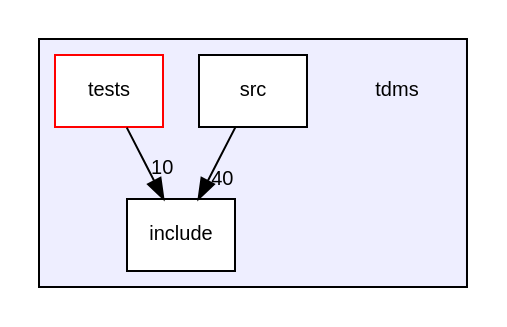
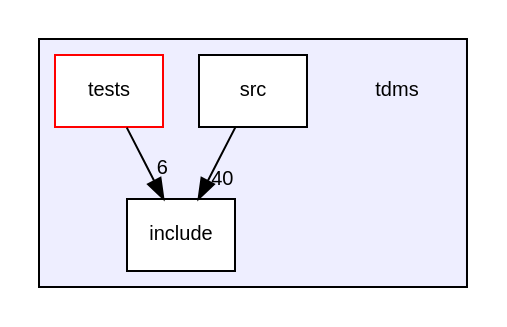
The diagram in dir_dfaedd75726dc0f14b5d7f96fe9da9ad_dep.dot (UCL/TDMS), drawn with Graphviz before and after one commit. The commit also changed 101 other files, not shown here.

```diff
--- a/dir_dfaedd75726dc0f14b5d7f96fe9da9ad_dep.dot
+++ b/dir_dfaedd75726dc0f14b5d7f96fe9da9ad_dep.dot
@@ -1,14 +1,14 @@
 digraph "tdms" {
   compound=true
   node [ fontsize="10", fontname="Helvetica"];
   edge [ labelfontsize="10", labelfontname="Helvetica"];
   subgraph clusterdir_dfaedd75726dc0f14b5d7f96fe9da9ad {
     graph [ bgcolor="#eeeeff", pencolor="black", label="" URL="dir_dfaedd75726dc0f14b5d7f96fe9da9ad.html"];
     dir_dfaedd75726dc0f14b5d7f96fe9da9ad [shape=plaintext label="tdms"];
     dir_31151eb6fe72a8c6f09675be35b4e99c [shape=box label="include" color="black" fillcolor="white" style="filled" URL="dir_31151eb6fe72a8c6f09675be35b4e99c.html"];
     dir_31743c9f8cb9d8e1833bb08943f9ef81 [shape=box label="src" color="black" fillcolor="white" style="filled" URL="dir_31743c9f8cb9d8e1833bb08943f9ef81.html"];
     dir_99e68cfdfe0514ef618d04f980ae72d7 [shape=box label="tests" color="red" fillcolor="white" style="filled" URL="dir_99e68cfdfe0514ef618d04f980ae72d7.html"];
   }
   dir_31743c9f8cb9d8e1833bb08943f9ef81->dir_31151eb6fe72a8c6f09675be35b4e99c [headlabel="40", labeldistance=1.5 headhref="dir_000003_000002.html"];
-  dir_99e68cfdfe0514ef618d04f980ae72d7->dir_31151eb6fe72a8c6f09675be35b4e99c [headlabel="10", labeldistance=1.5 headhref="dir_000004_000002.html"];
+  dir_99e68cfdfe0514ef618d04f980ae72d7->dir_31151eb6fe72a8c6f09675be35b4e99c [headlabel="6", labeldistance=1.5 headhref="dir_000004_000002.html"];
 }
```
